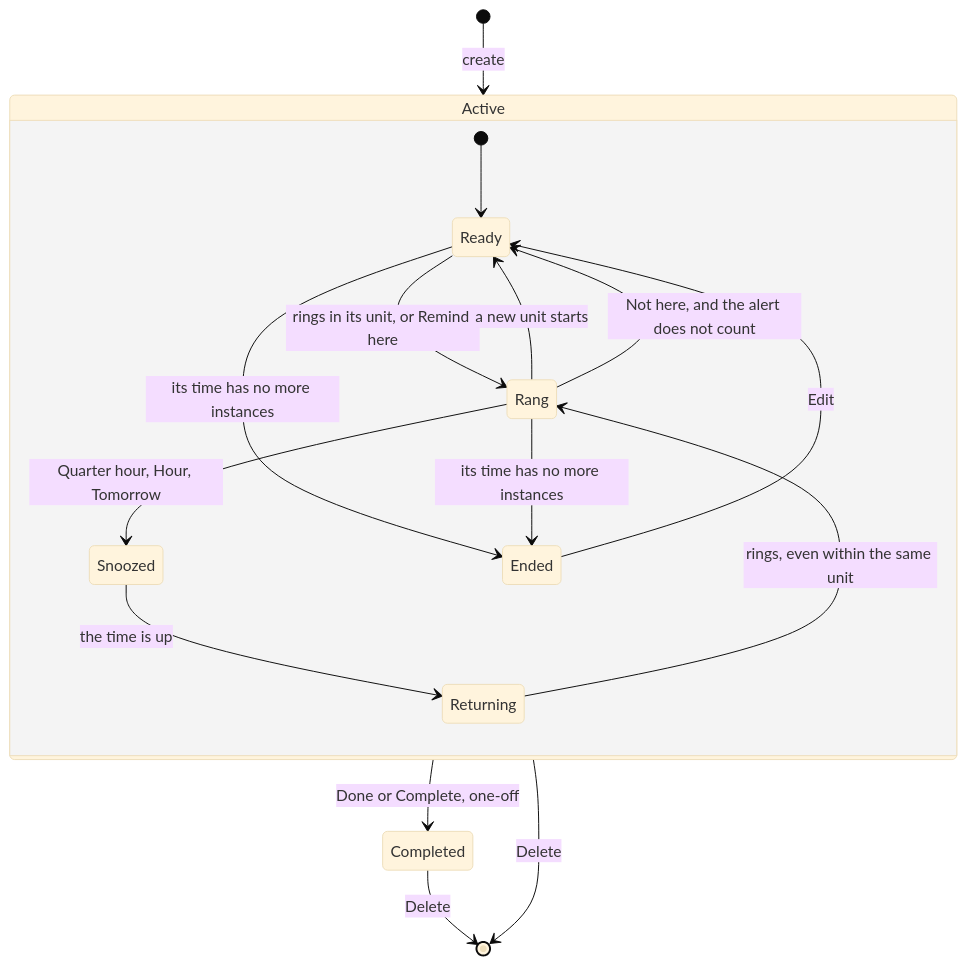
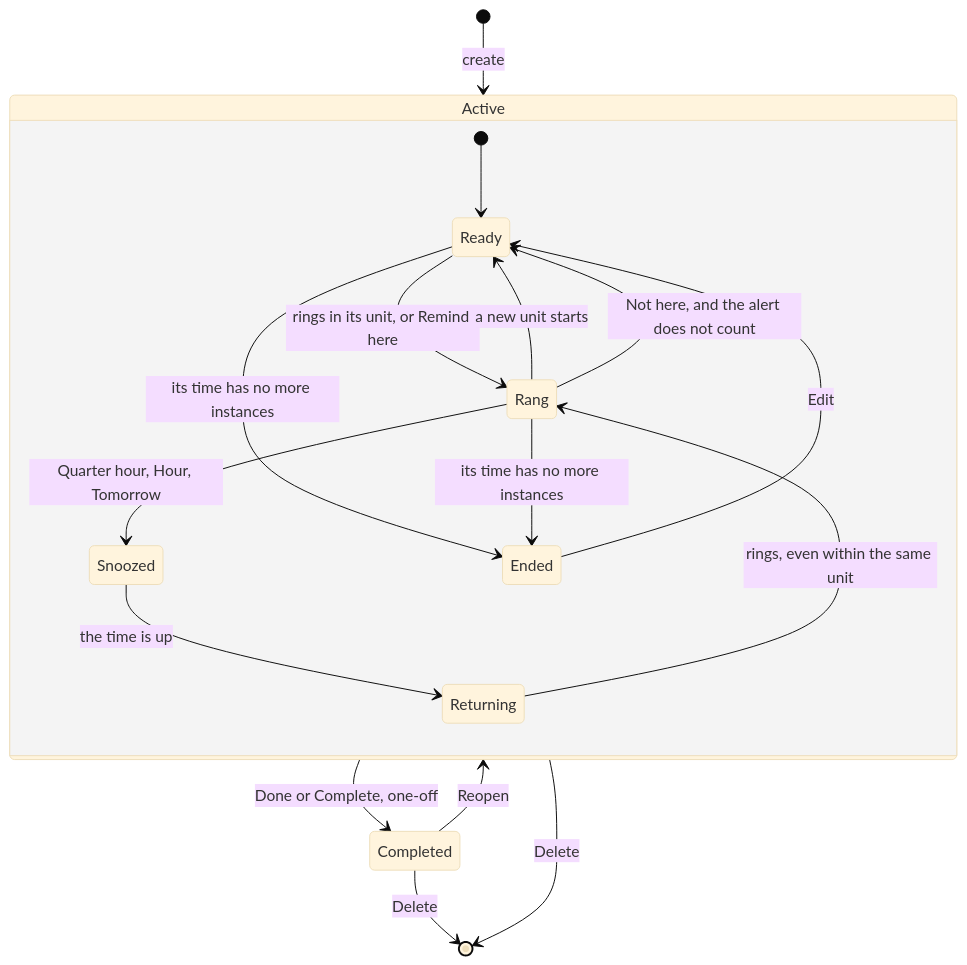
One commit to devfrx/jiffin changed the first of 2 diagrams in docs/design/lifecycles.md. Above: the diagram before and after it, drawn with Mermaid (base theme). The commit also changed other lines of this file and 34 other files, not shown here.

First line of the commit message:
feat: undo an answer for 5 s, and reopen a completed reminder (#168)

````diff
--- a/docs/design/lifecycles.md
+++ b/docs/design/lifecycles.md
@@ -12,19 +13,20 @@
 ```mermaid
 stateDiagram-v2
     [*] --> Active : create
     state Active {
         [*] --> Ready
         Ready --> Rang : rings in its unit, or Remind here
         Rang --> Ready : a new unit starts
         Rang --> Ready : Not here, and the alert does not count
         Rang --> Snoozed : Quarter hour, Hour, Tomorrow
         Snoozed --> Returning : the time is up
         Returning --> Rang : rings, even within the same unit
         Ready --> Ended : its time has no more instances
         Rang --> Ended : its time has no more instances
         Ended --> Ready : Edit
     }
     Active --> Completed : Done or Complete, one-off
+    Completed --> Active : Reopen
     Active --> [*] : Delete
     Completed --> [*] : Delete
 ```
````
